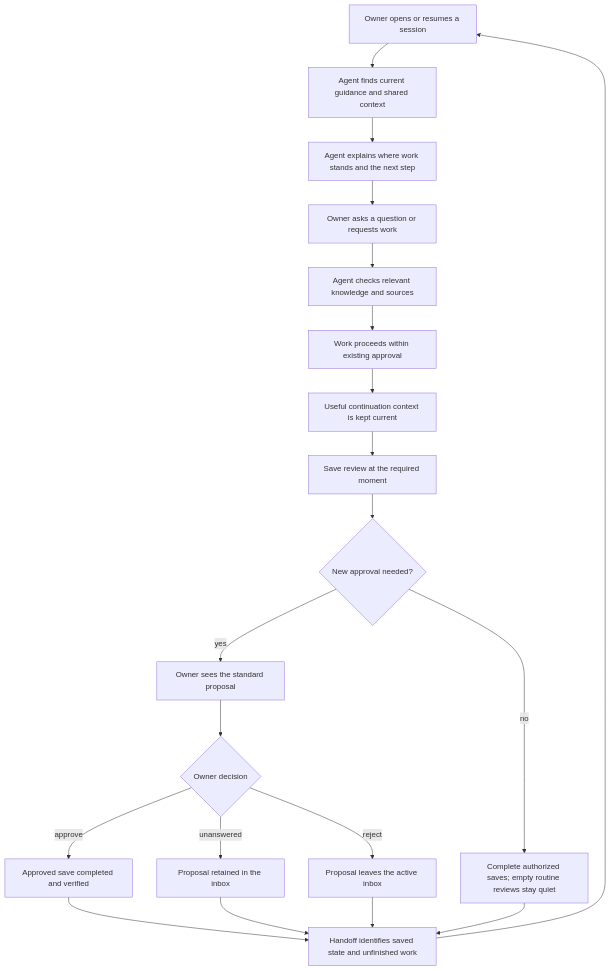
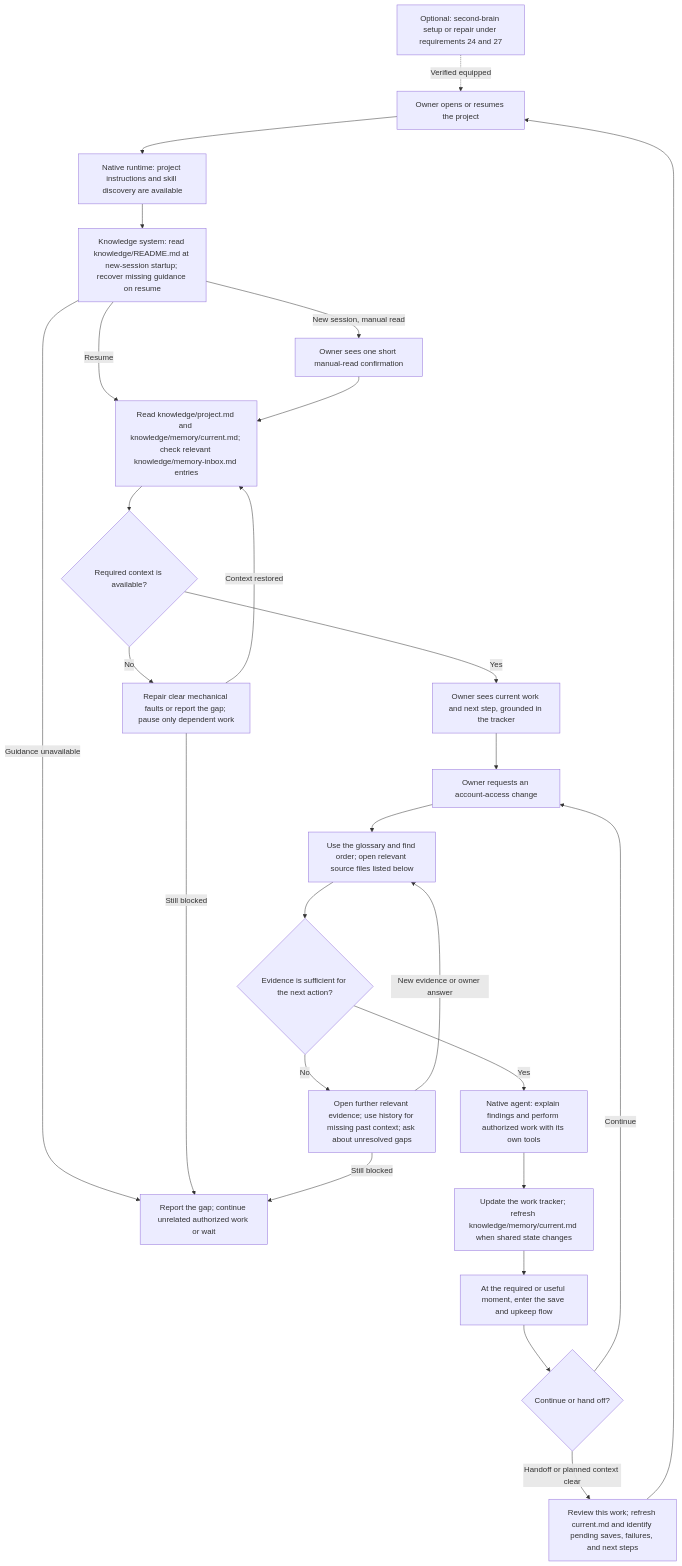
One commit to Mar5929/claude-toolkit changed the first of 2 diagrams in knowledge/prds/knowledge-system.md. Above: the diagram before and after it, drawn with Mermaid. The commit also changed other lines of this file and 1 other file, not shown here.

Commit message:
docs: clarify the knowledge session walkthrough

````diff
--- a/knowledge/prds/knowledge-system.md
+++ b/knowledge/prds/knowledge-system.md
@@ -181,22 +190,28 @@
 ```mermaid
 flowchart TD
-    A[Owner opens or resumes a session] --> B[Agent finds current guidance and shared context]
-    B --> C[Agent explains where work stands and the next step]
-    C --> D[Owner asks a question or requests work]
-    D --> E[Agent checks relevant knowledge and sources]
-    E --> F[Work proceeds within existing approval]
-    F --> G[Useful continuation context is kept current]
-    G --> H[Save review at the required moment]
-    H --> I{New approval needed?}
-    I -- yes --> J[Owner sees the standard proposal]
-    J --> K{Owner decision}
-    K -- approve --> L[Approved save completed and verified]
-    K -- unanswered --> M[Proposal retained in the inbox]
-    K -- reject --> N[Proposal leaves the active inbox]
-    I -- no --> O[Complete authorized saves; empty routine reviews stay quiet]
-    L --> P[Handoff identifies saved state and unfinished work]
-    M --> P
-    N --> P
-    O --> P
+    S[Optional: second-brain setup or repair under requirements 24 and 27] -. Verified equipped .-> A
+    A[Owner opens or resumes the project] --> B[Native runtime: project instructions and skill discovery are available]
+    B --> C[Knowledge system: read knowledge/README.md at new-session startup; recover missing guidance on resume]
+    C -- New session, manual read --> D[Owner sees one short manual-read confirmation]
+    C -- Guidance unavailable --> Y
+    C -- Resume --> E[Read knowledge/project.md and knowledge/memory/current.md; check relevant knowledge/memory-inbox.md entries]
+    D --> E
+    E --> F{Required context is available?}
+    F -- No --> X[Repair clear mechanical faults or report the gap; pause only dependent work]
+    X -- Context restored --> E
+    X -- Still blocked --> Y[Report the gap; continue unrelated authorized work or wait]
+    F -- Yes --> G[Owner sees current work and next step, grounded in the tracker]
+    G --> H[Owner requests an account-access change]
+    H --> I[Use the glossary and find order; open relevant source files listed below]
+    I --> J{Evidence is sufficient for the next action?}
+    J -- No --> K[Open further relevant evidence; use history for missing past context; ask about unresolved gaps]
+    K -- New evidence or owner answer --> I
+    K -- Still blocked --> Y
+    J -- Yes --> L[Native agent: explain findings and perform authorized work with its own tools]
+    L --> M[Update the work tracker; refresh knowledge/memory/current.md when shared state changes]
+    M --> N[At the required or useful moment, enter the save and upkeep flow]
+    N --> O{Continue or hand off?}
+    O -- Continue --> H
+    O -- Handoff or planned context clear --> P[Review this work; refresh current.md and identify pending saves, failures, and next steps]
     P --> A
 ```
````
